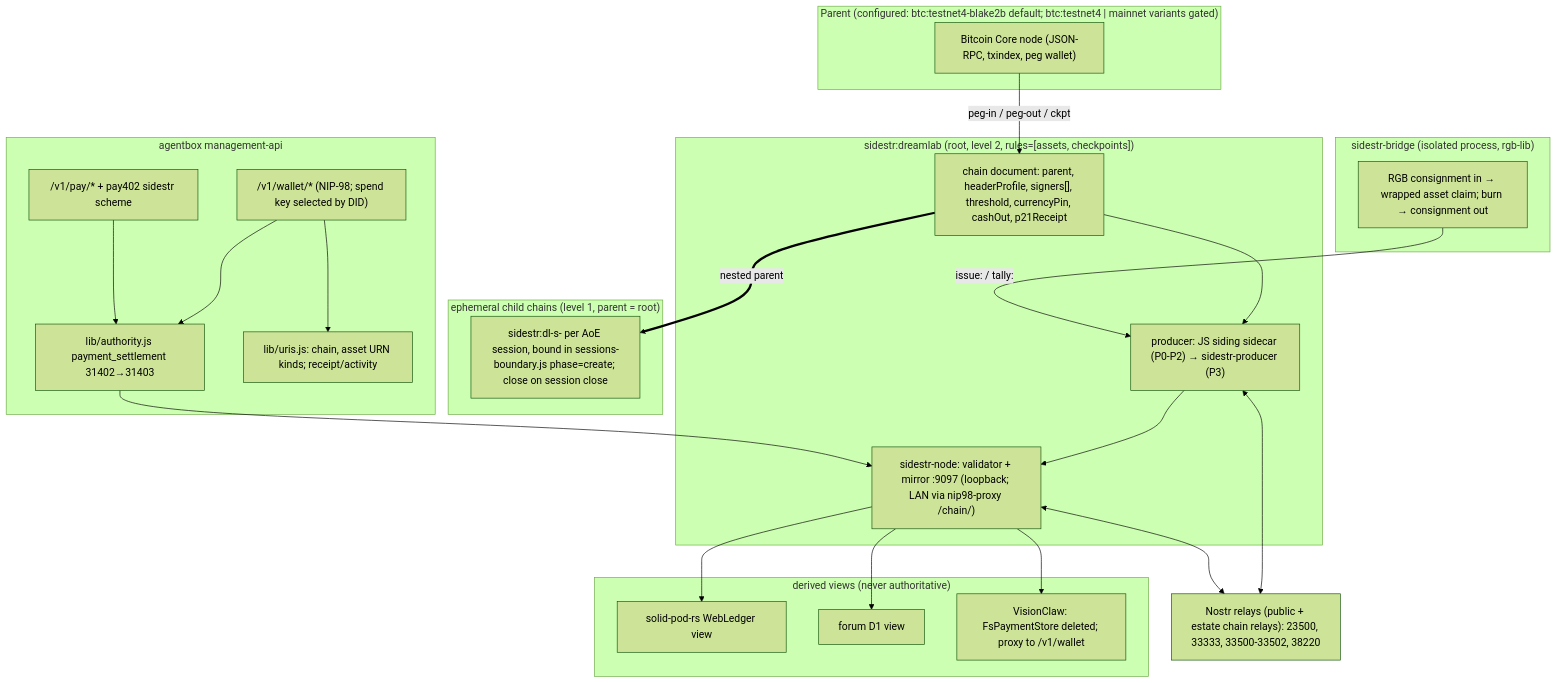
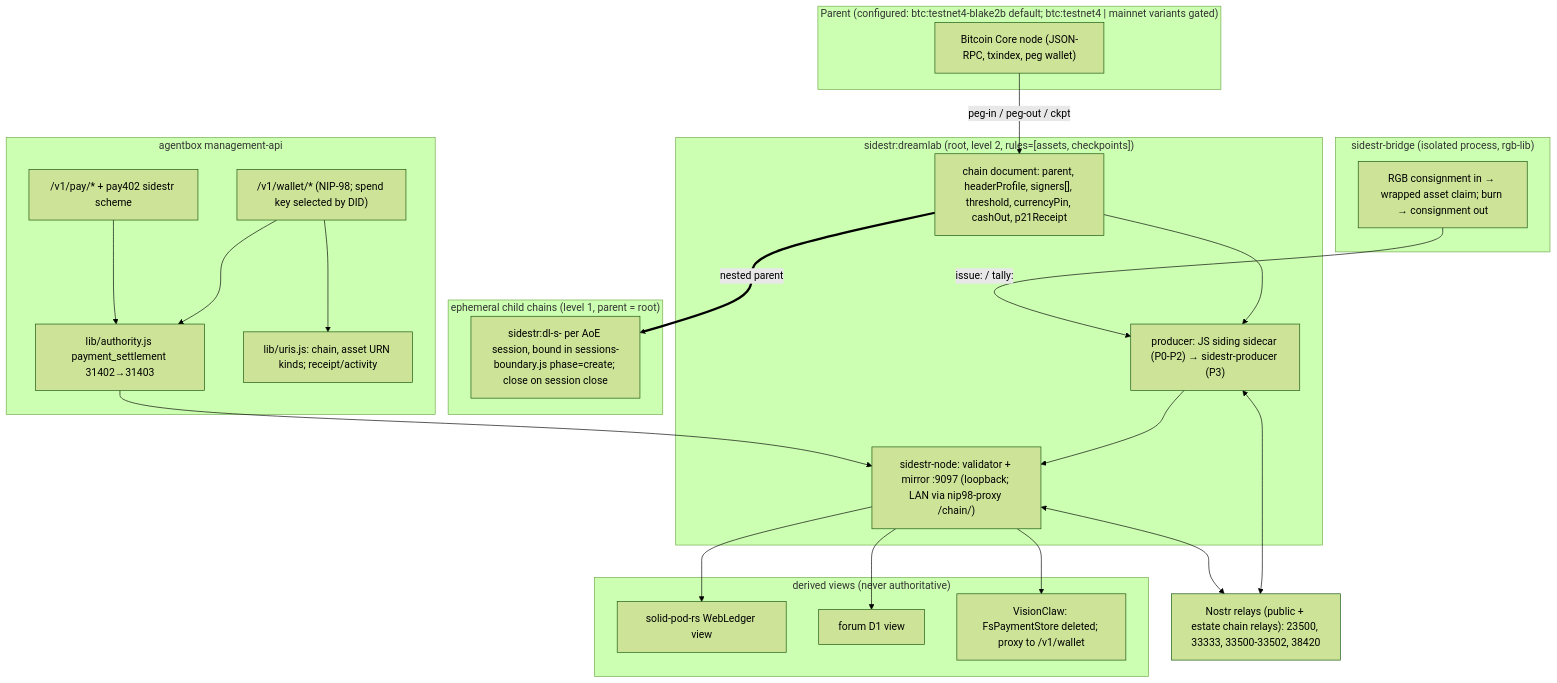
Before and after one commit to DreamLab-AI/agentbox: the diagram in docs/proposals/sovereign-settlement.md, drawn with Mermaid (forest theme). The commit also changed other lines of this file and 12 other files, not shown here.

````diff
--- a/docs/proposals/sovereign-settlement.md
+++ b/docs/proposals/sovereign-settlement.md
@@ -128,39 +128,39 @@
 ```mermaid
 flowchart TB
   subgraph parent["Parent (configured: btc:testnet4-blake2b default; btc:testnet4 | mainnet variants gated)"]
     BTC["Bitcoin Core node (JSON-RPC, txindex, peg wallet)"]
   end
   subgraph root["sidestr:dreamlab (root, level 2, rules=[assets, checkpoints])"]
     RC["chain document: parent, headerProfile, signers[], threshold, currencyPin, cashOut, p21Receipt"]
     PROD["producer: JS siding sidecar (P0-P2) → sidestr-producer (P3)"]
     NODE["sidestr-node: validator + mirror :9097 (loopback; LAN via nip98-proxy /chain/)"]
   end
   subgraph children["ephemeral child chains (level 1, parent = root)"]
     C1["sidestr:dl-s-<sha12> per AoE session, bound in sessions-boundary.js phase=create; close on session close"]
   end
   subgraph bridge["sidestr-bridge (isolated process, rgb-lib)"]
     BR["RGB consignment in → wrapped asset claim; burn → consignment out"]
   end
   subgraph agentbox["agentbox management-api"]
     W["/v1/wallet/* (NIP-98; spend key selected by DID)"]
     P["/v1/pay/* + pay402 sidestr scheme"]
     G["lib/authority.js payment_settlement 31402→31403"]
     U["lib/uris.js: chain, asset URN kinds; receipt/activity"]
   end
   subgraph views["derived views (never authoritative)"]
     SP["solid-pod-rs WebLedger view"]
     FO["forum D1 view"]
     VC["VisionClaw: FsPaymentStore deleted; proxy to /v1/wallet"]
   end
-  RELAY["Nostr relays (public + estate chain relays): 23500, 33333, 33500-33502, 38220"]
+  RELAY["Nostr relays (public + estate chain relays): 23500, 33333, 33500-33502, 38420"]
   BTC -->|peg-in / peg-out / ckpt| RC
   RC --> PROD --> NODE
   RC ==nested parent==> C1
   BR -->|issue: / tally:| PROD
   W --> G --> NODE
   P --> G
   NODE --> SP & FO & VC
   PROD <--> RELAY
   NODE <--> RELAY
   W --> U
 ```
````
